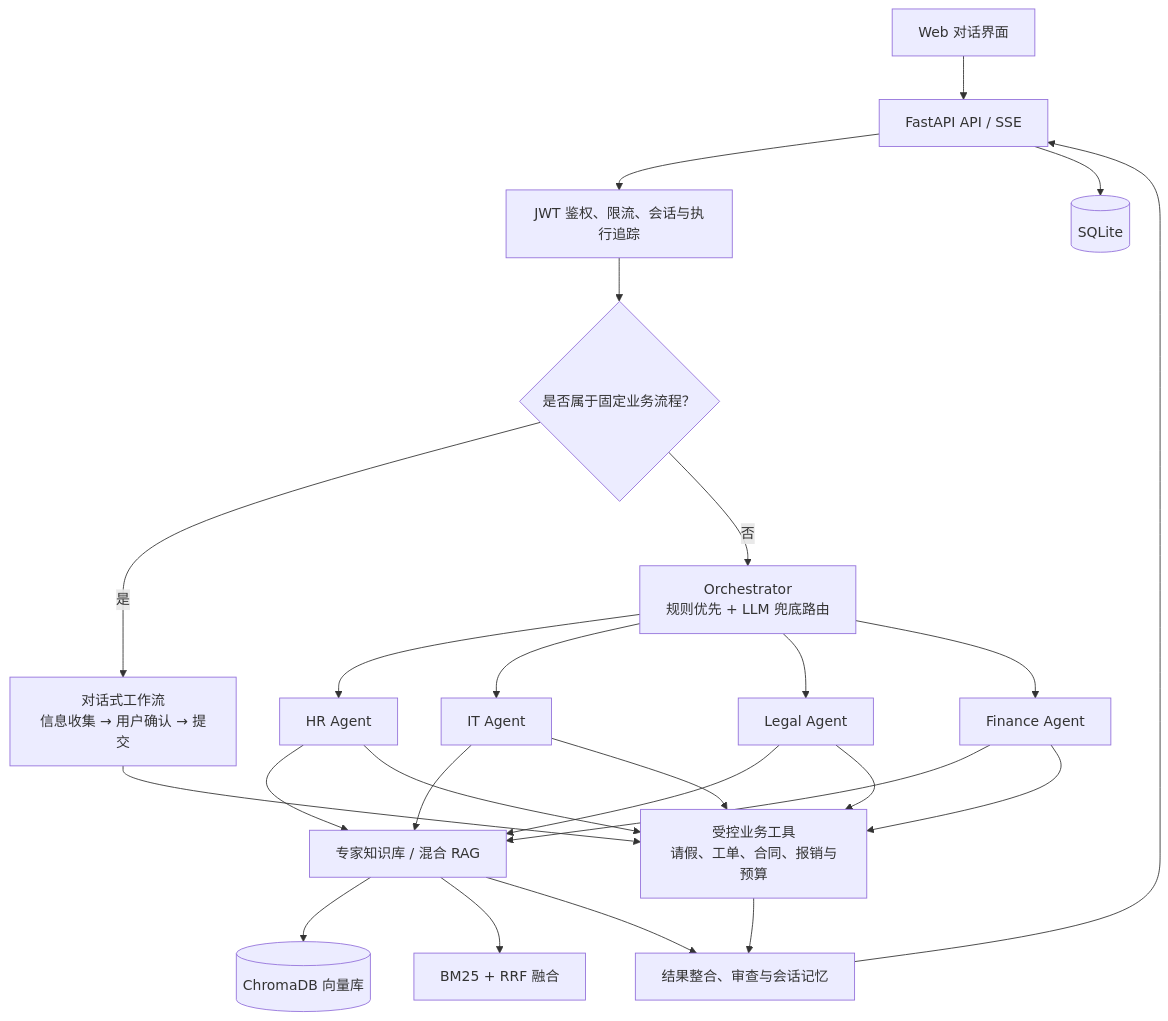
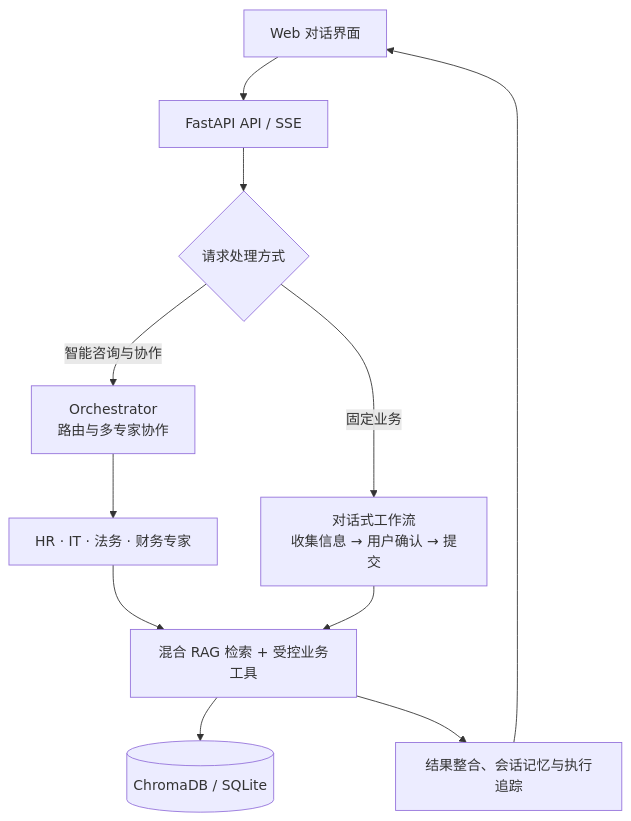
The diagram in README.md (democt-ct/enterprise-ai-assistant), drawn with Mermaid before and after one commit.

Commit message:
Simplify README architecture diagram

````diff
--- a/README.md
+++ b/README.md
@@ -27,32 +27,16 @@
 ```mermaid
 flowchart TB
     UI[Web 对话界面] --> API[FastAPI API / SSE]
-    API --> Guard[JWT 鉴权、限流、会话与执行追踪]
-    Guard --> Decision{是否属于固定业务流程？}
+    API --> Core{请求处理方式}
 
-    Decision -->|是| Workflow[对话式工作流<br/>信息收集 → 用户确认 → 提交]
-    Decision -->|否| Router[Orchestrator<br/>规则优先 + LLM 兜底路由]
+    Core -->|固定业务| Workflow[对话式工作流<br/>收集信息 → 用户确认 → 提交]
+    Core -->|智能咨询与协作| Router[Orchestrator<br/>路由与多专家协作]
 
-    Router --> HR[HR Agent]
-    Router --> IT[IT Agent]
-    Router --> Legal[Legal Agent]
-    Router --> Finance[Finance Agent]
+    Router --> Experts[HR · IT · 法务 · 财务专家]
+    Experts --> Capability[混合 RAG 检索 + 受控业务工具]
+    Workflow --> Capability
 
-    HR --> RAG[专家知识库 / 混合 RAG]
-    IT --> RAG
-    Legal --> RAG
-    Finance --> RAG
-    RAG --> Chroma[(ChromaDB 向量库)]
-    RAG --> BM25[BM25 + RRF 融合]
-
-    HR --> Tools[受控业务工具<br/>请假、工单、合同、报销与预算]
-    IT --> Tools
-    Legal --> Tools
-    Finance --> Tools
-    Workflow --> Tools
-
-    Tools --> Result[结果整合、审查与会话记忆]
-    RAG --> Result
-    Result --> API
-    API --> SQLite[(SQLite)]
+    Capability --> Data[(ChromaDB / SQLite)]
+    Capability --> Result[结果整合、会话记忆与执行追踪]
+    Result --> UI
 ```
````
